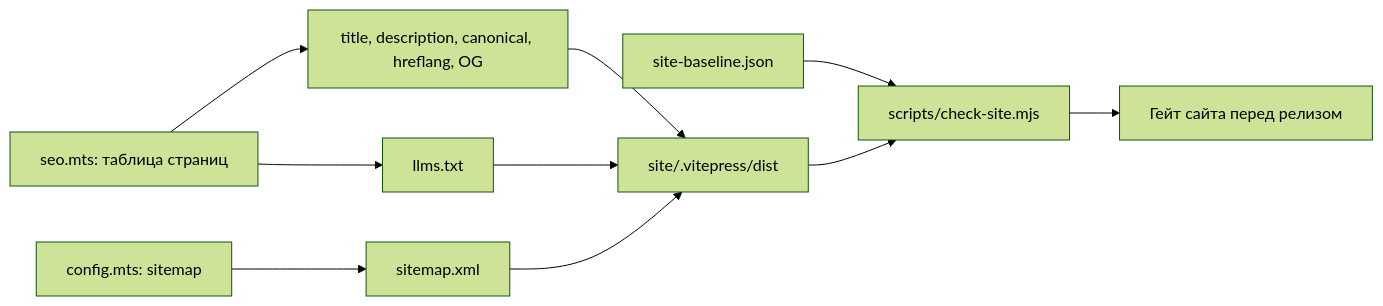
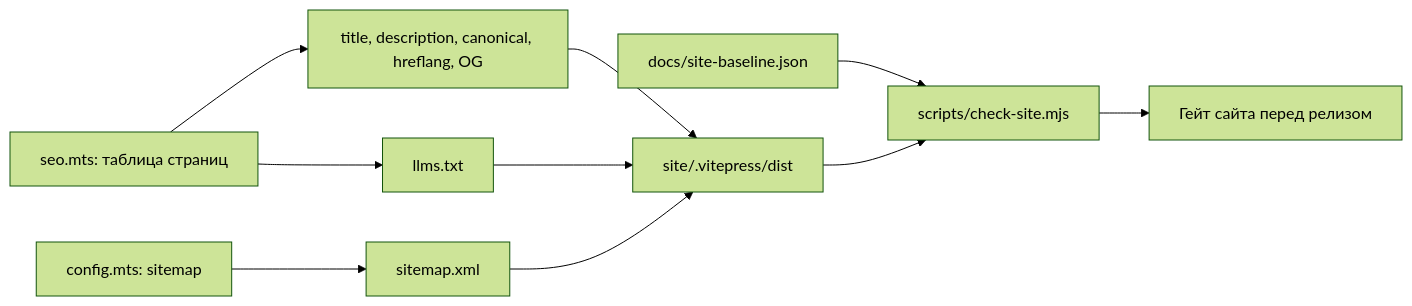
The diagram in docs/specs/FEAT-003-seo-foundation/design.md (ledvanoff/l1dder), drawn with Mermaid (forest theme) before and after one commit. The commit also changed other lines of this file and 20 other files, not shown here.

First line of the commit message:
fix(site): gate releases on the site check and harden check-site

````diff
--- a/docs/specs/FEAT-003-seo-foundation/design.md
+++ b/docs/specs/FEAT-003-seo-foundation/design.md
@@ -14,12 +14,12 @@
 ```mermaid
 flowchart LR
     Table["seo.mts: таблица страниц"] --> Head["title, description, canonical, hreflang, OG"]
     Table --> Llms["llms.txt"]
     Config["config.mts: sitemap"] --> Sitemap["sitemap.xml"]
     Head --> Dist["site/.vitepress/dist"]
     Llms --> Dist
     Sitemap --> Dist
-    Baseline["site-baseline.json"] --> Check["scripts/check-site.mjs"]
+    Baseline["docs/site-baseline.json"] --> Check["scripts/check-site.mjs"]
     Dist --> Check
     Check --> Gate["Гейт сайта перед релизом"]
 ```
````
